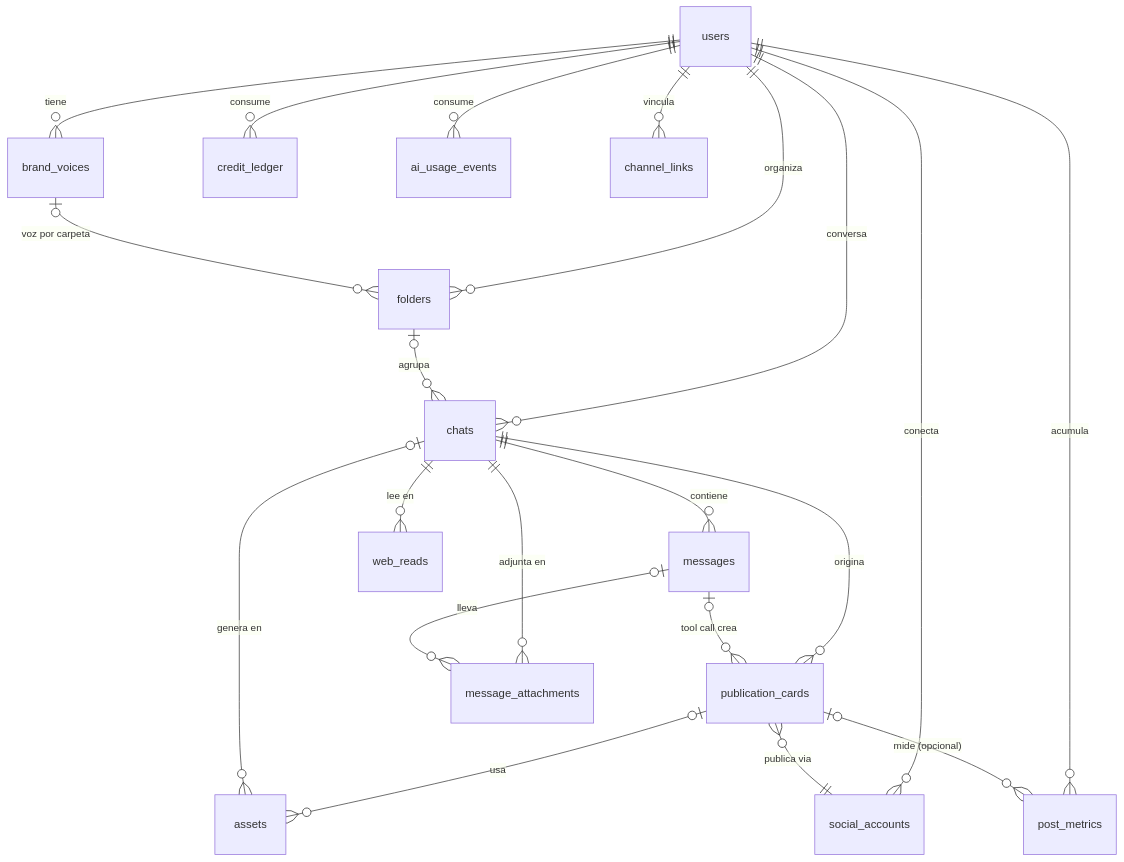
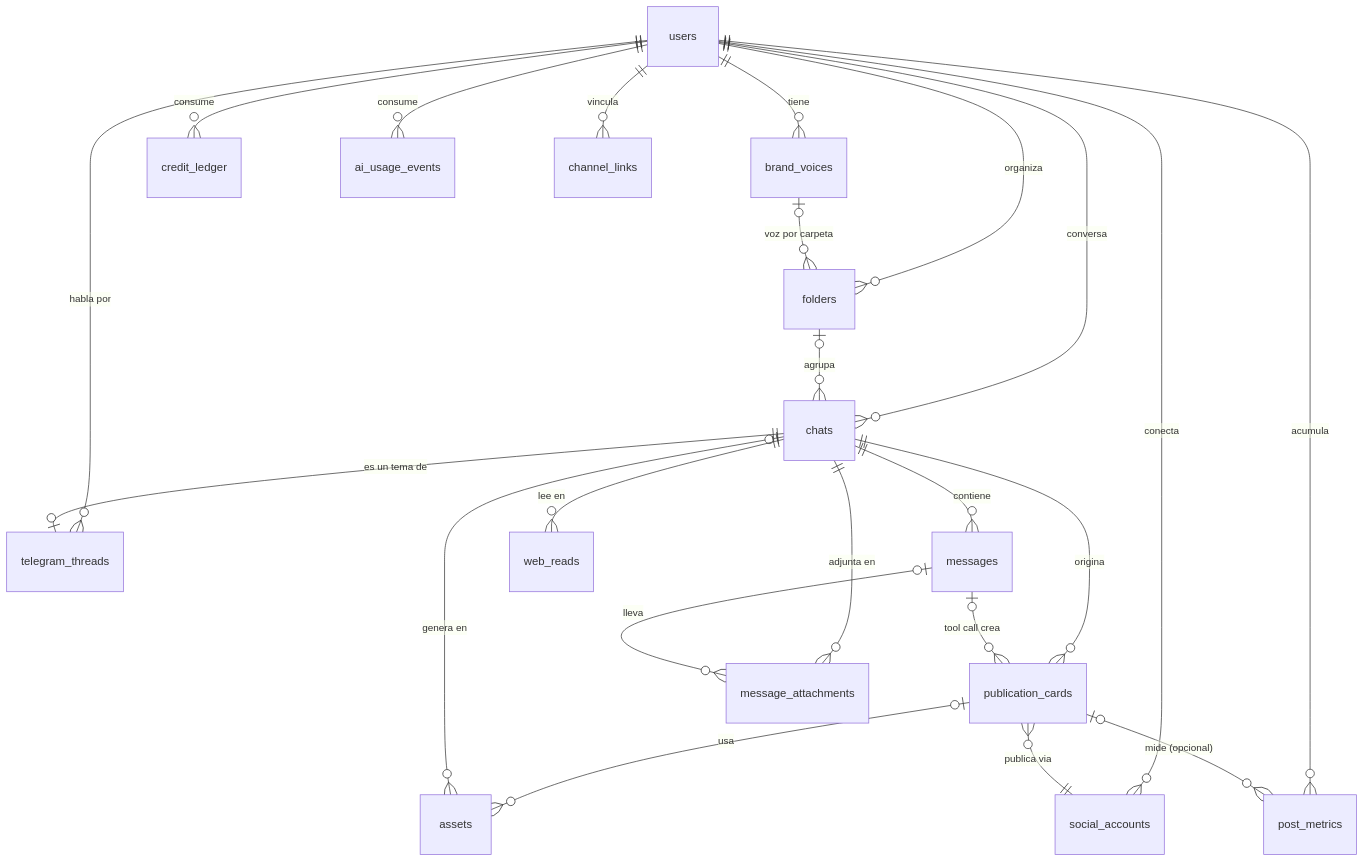
Before and after one commit to jata-imk/presencia: the diagram in docs/reference/modelo-de-datos.md, drawn with Mermaid. The commit also changed other lines of this file and 28 other files, not shown here.

````diff
--- a/docs/reference/modelo-de-datos.md
+++ b/docs/reference/modelo-de-datos.md
@@ -414,23 +414,25 @@
 ```mermaid
 erDiagram
     users ||--o{ brand_voices : tiene
     users ||--o{ folders : organiza
     users ||--o{ chats : conversa
     users ||--o{ credit_ledger : consume
     users ||--o{ ai_usage_events : consume
     users ||--o{ channel_links : vincula
+    users ||--o{ telegram_threads : "habla por"
+    chats ||--o| telegram_threads : "es un tema de"
     users ||--o{ social_accounts : conecta
     brand_voices |o--o{ folders : "voz por carpeta"
     folders |o--o{ chats : agrupa
     chats ||--o{ messages : contiene
     chats ||--o{ publication_cards : origina
     messages |o--o{ publication_cards : "tool call crea"
     publication_cards |o--o{ assets : usa
     chats |o--o{ assets : "genera en"
     chats ||--o{ message_attachments : "adjunta en"
     messages |o--o{ message_attachments : lleva
     chats ||--o{ web_reads : "lee en"
     publication_cards }o--|| social_accounts : "publica via"
     users ||--o{ post_metrics : acumula
     publication_cards |o--o{ post_metrics : "mide (opcional)"
 ```
````
